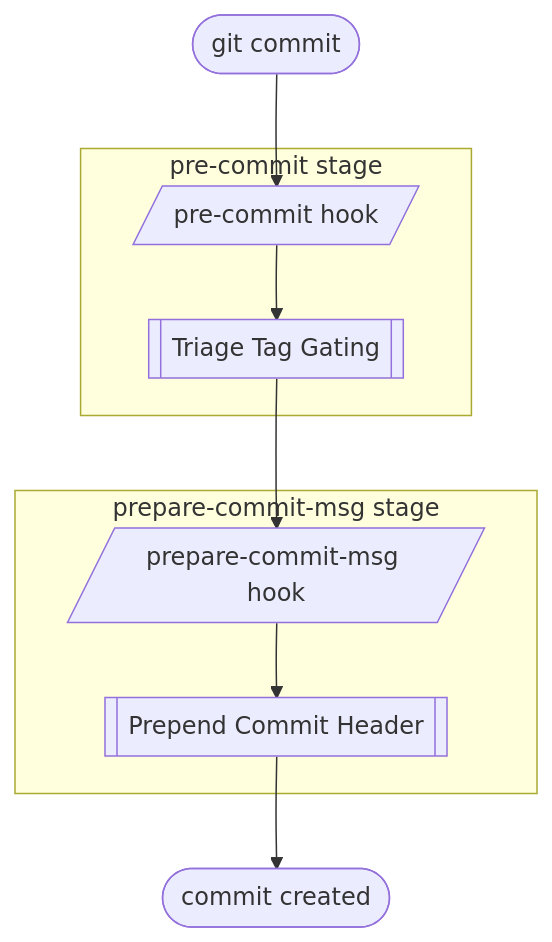
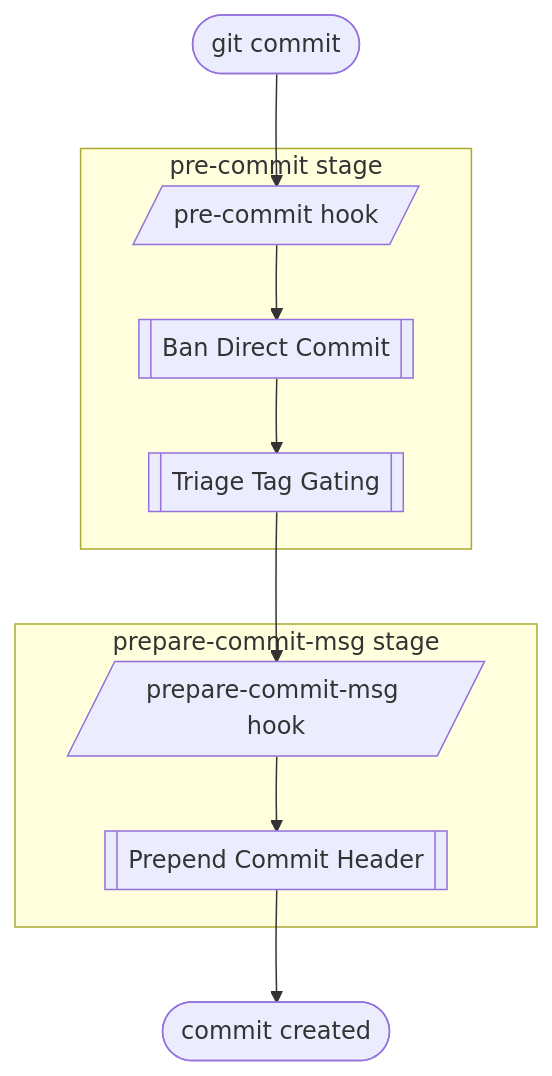
The diagram in README.md (kami-lel/hupy), drawn with Mermaid before and after one commit. The commit also changed other lines of this file and 7 other files, not shown here.

````diff
--- a/README.md
+++ b/README.md
@@ -88,18 +88,18 @@
 ```mermaid
 flowchart TD
     commit([git commit])
 
     %% pre-commit stage
     subgraph precommit [pre-commit stage]
-        pre[/pre-commit hook/] --> ttg[[Triage Tag Gating]]
+        pre[/pre-commit hook/] --> bdc[[Ban Direct Commit]] --> ttg[[Triage Tag Gating]]
     end
 
     %% prepare-commit-msg stage
     subgraph preparemsg [prepare-commit-msg stage]
         prep[/prepare-commit-msg hook/] --> pch[[Prepend Commit Header]]
     end
 
     commit --> pre
     ttg --> prep
     pch --> done([commit created])
 ```
````
